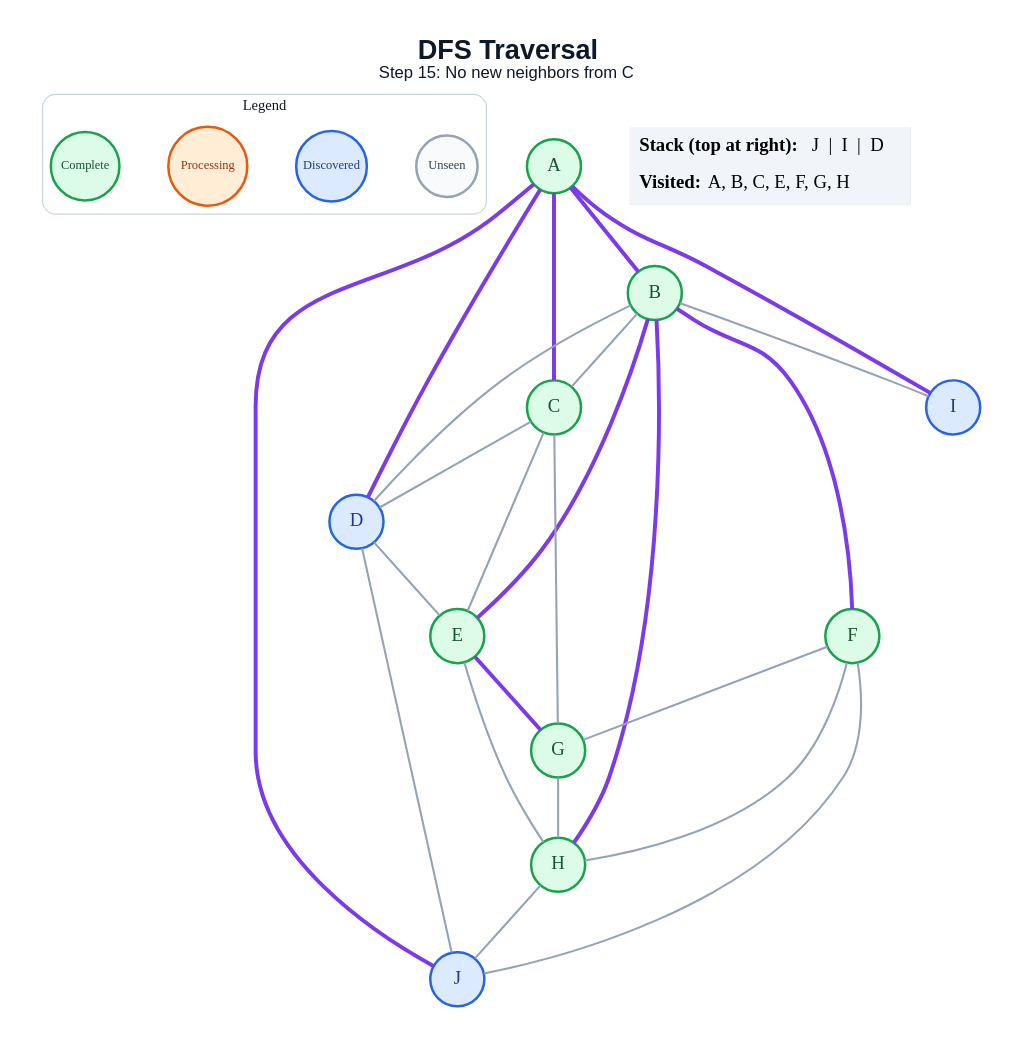
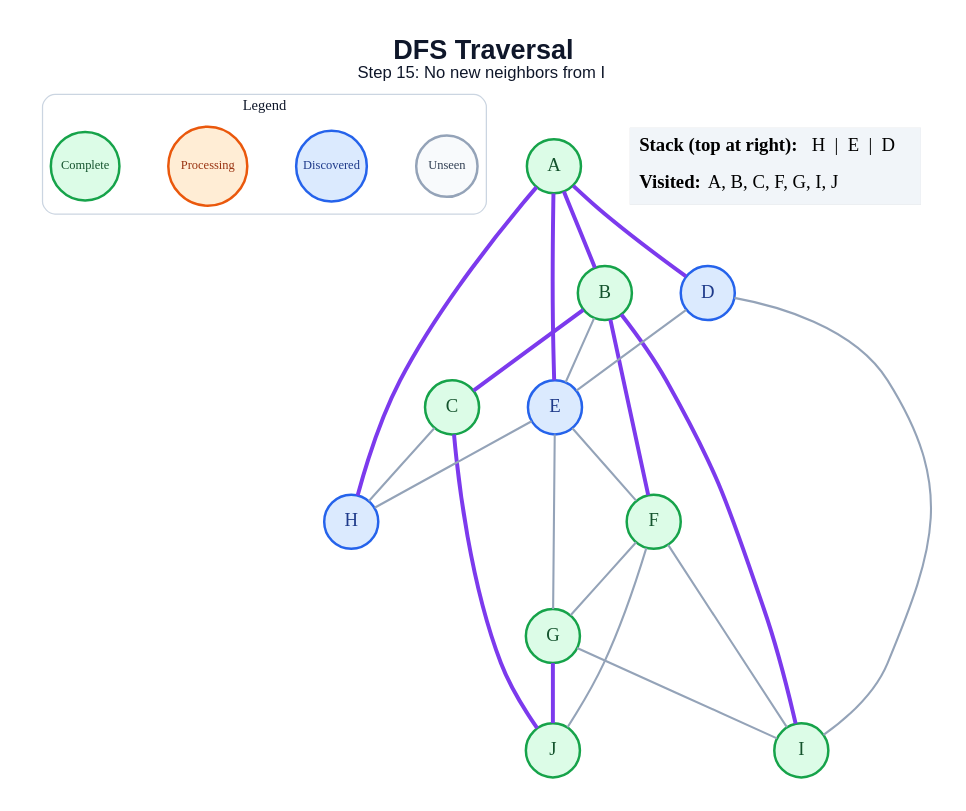
The diagram in generated/dfs/step_15.dot (amanghodawala9/ai-slop), drawn with Graphviz before and after one commit. The commit also changed 178 other files, not shown here.

```diff
--- a/generated/dfs/step_15.dot
+++ b/generated/dfs/step_15.dot
@@ -1,52 +1,49 @@
 graph traversal {
   graph [layout=dot, rankdir=TB, bgcolor="#FFFFFF", pad="0.35", nodesep="0.65", ranksep="0.8", fontname="Arial"];
   node [shape=circle, style="filled", fontname="Arial Bold", fontsize=18, width=0.72, fixedsize=true, penwidth=2.4];
   edge [color="#94A3B8", penwidth=2.0];
-  label=<<B>DFS Traversal</B><BR/><FONT POINT-SIZE="16">Step 15: No new neighbors from C</FONT>>; labelloc="t"; fontsize=26; fontname="Arial"; fontcolor="#0F172A";
+  label=<<B>DFS Traversal</B><BR/><FONT POINT-SIZE="16">Step 15: No new neighbors from I</FONT>>; labelloc="t"; fontsize=26; fontname="Arial"; fontcolor="#0F172A";
   subgraph cluster_legend { label="Legend"; color="#CBD5E1"; penwidth=1.2; style="rounded"; fontsize=14; fontname="Arial Bold";
     key_unseen [label="Unseen", fillcolor="#F8FAFC", color="#94A3B8", fontcolor="#334155", fontsize=12, width=0.82];
     key_frontier [label="Discovered", fillcolor="#DBEAFE", color="#2563EB", fontcolor="#1E3A8A", fontsize=12, width=0.95];
     key_current [label="Processing", fillcolor="#FFEDD5", color="#EA580C", fontcolor="#9A3412", fontsize=12, width=1.05];
     key_done [label="Complete", fillcolor="#DCFCE7", color="#16A34A", fontcolor="#14532D", fontsize=12, width=0.92];
     { rank=same; key_unseen; key_frontier; key_current; key_done; }
   }
   A [fillcolor="#DCFCE7", color="#16A34A", fontcolor="#14532D"];
   B [fillcolor="#DCFCE7", color="#16A34A", fontcolor="#14532D"];
   C [fillcolor="#DCFCE7", color="#16A34A", fontcolor="#14532D"];
   D [fillcolor="#DBEAFE", color="#2563EB", fontcolor="#1E3A8A"];
-  E [fillcolor="#DCFCE7", color="#16A34A", fontcolor="#14532D"];
+  E [fillcolor="#DBEAFE", color="#2563EB", fontcolor="#1E3A8A"];
   F [fillcolor="#DCFCE7", color="#16A34A", fontcolor="#14532D"];
   G [fillcolor="#DCFCE7", color="#16A34A", fontcolor="#14532D"];
-  H [fillcolor="#DCFCE7", color="#16A34A", fontcolor="#14532D"];
-  I [fillcolor="#DBEAFE", color="#2563EB", fontcolor="#1E3A8A"];
-  J [fillcolor="#DBEAFE", color="#2563EB", fontcolor="#1E3A8A"];
+  H [fillcolor="#DBEAFE", color="#2563EB", fontcolor="#1E3A8A"];
+  I [fillcolor="#DCFCE7", color="#16A34A", fontcolor="#14532D"];
+  J [fillcolor="#DCFCE7", color="#16A34A", fontcolor="#14532D"];
   A -- B [color="#7C3AED", penwidth=3.8];
-  A -- C [color="#7C3AED", penwidth=3.8];
   A -- D [color="#7C3AED", penwidth=3.8];
-  A -- I [color="#7C3AED", penwidth=3.8];
-  A -- J [color="#7C3AED", penwidth=3.8];
-  B -- C;
-  B -- D;
-  B -- E [color="#7C3AED", penwidth=3.8];
+  A -- E [color="#7C3AED", penwidth=3.8];
+  A -- H [color="#7C3AED", penwidth=3.8];
+  B -- C [color="#7C3AED", penwidth=3.8];
+  B -- E;
   B -- F [color="#7C3AED", penwidth=3.8];
-  B -- H [color="#7C3AED", penwidth=3.8];
-  B -- I;
-  C -- D;
-  C -- E;
-  C -- G;
+  B -- I [color="#7C3AED", penwidth=3.8];
+  C -- H;
+  C -- J [color="#7C3AED", penwidth=3.8];
   D -- E;
-  D -- J;
-  E -- G [color="#7C3AED", penwidth=3.8];
+  D -- I;
+  E -- F;
+  E -- G;
   E -- H;
   F -- G;
-  F -- H;
+  F -- I;
   F -- J;
-  G -- H;
-  H -- J;
+  G -- I;
+  G -- J [color="#7C3AED", penwidth=3.8];
   status [shape=plain, fixedsize=false, width=0, height=0, margin=0, label=<
     <TABLE BORDER="0" CELLBORDER="0" CELLPADDING="7" BGCOLOR="#F1F5F9">
-      <TR><TD ALIGN="LEFT"><B>Stack (top at right):</B> J  |  I  |  D</TD></TR>
-      <TR><TD ALIGN="LEFT"><B>Visited:</B> A, B, C, E, F, G, H</TD></TR>
+      <TR><TD ALIGN="LEFT"><B>Stack (top at right):</B> H  |  E  |  D</TD></TR>
+      <TR><TD ALIGN="LEFT"><B>Visited:</B> A, B, C, F, G, I, J</TD></TR>
     </TABLE>
   >];
 }
```
